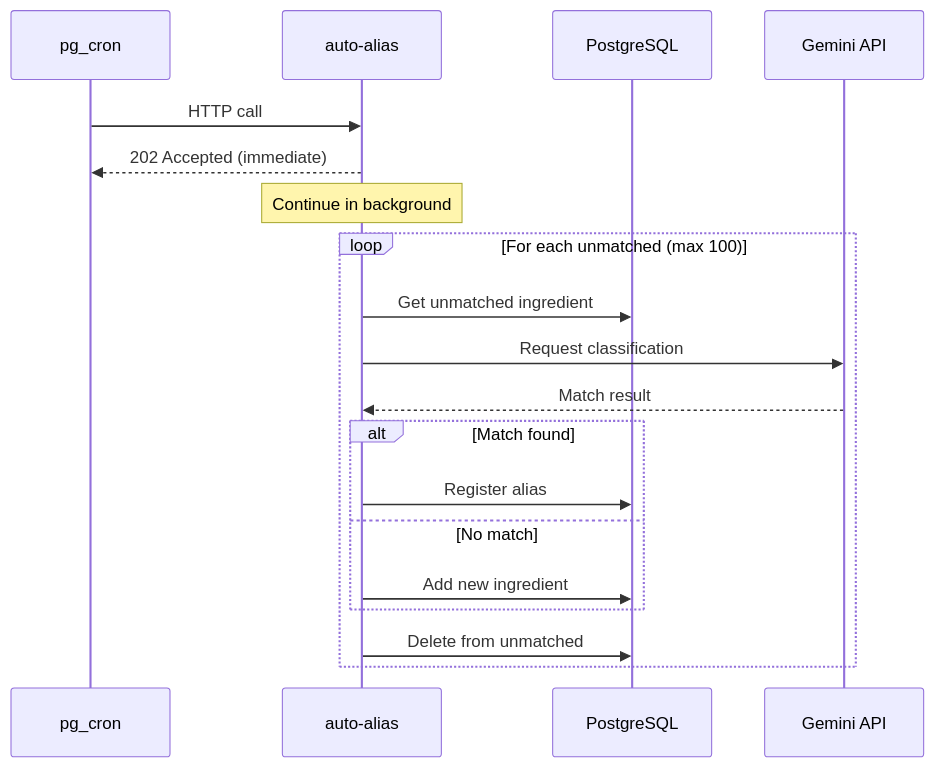
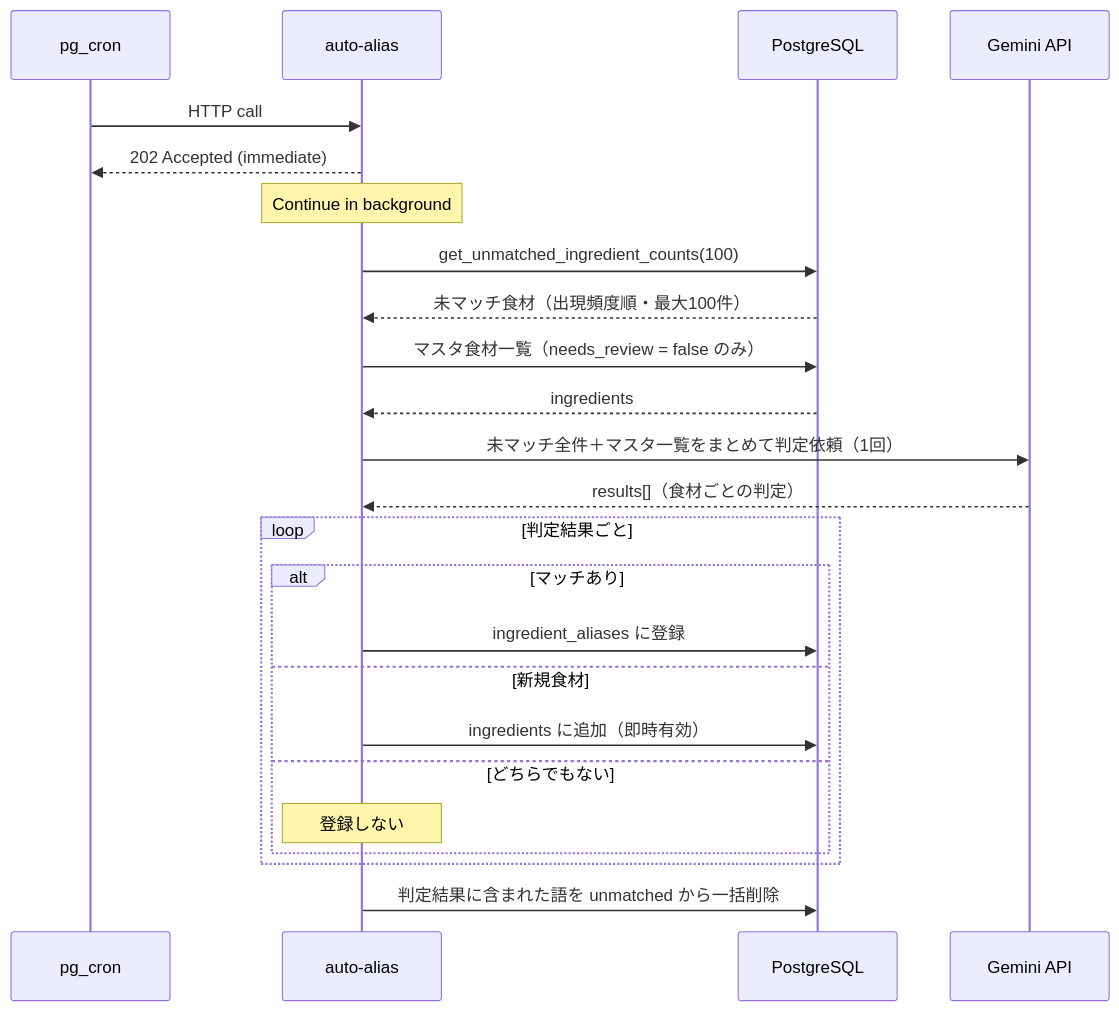
One commit to mktu/recipe-app changed the third of 13 diagrams in docs/ARCHITECTURE.md. Above: the diagram before and after it, drawn with Mermaid. The commit also changed other lines of this file and 1 other file, not shown here.

First line of the commit message:
docs: auto-alias の判定フローを追記し実装との乖離を解消（#149）

````diff
--- a/docs/ARCHITECTURE.md
+++ b/docs/ARCHITECTURE.md
@@ -296,24 +296,32 @@
 ```mermaid
 sequenceDiagram
     participant Cron as pg_cron
     participant Func as auto-alias
     participant DB as PostgreSQL
     participant LLM as Gemini API
 
     Cron->>Func: HTTP call
     Func-->>Cron: 202 Accepted (immediate)
 
     Note over Func: Continue in background
 
-    loop For each unmatched (max 100)
-        Func->>DB: Get unmatched ingredient
-        Func->>LLM: Request classification
-        LLM-->>Func: Match result
-        alt Match found
-            Func->>DB: Register alias
-        else No match
-            Func->>DB: Add new ingredient
+    Func->>DB: get_unmatched_ingredient_counts(100)
+    DB-->>Func: 未マッチ食材（出現頻度順・最大100件）
+    Func->>DB: マスタ食材一覧（needs_review = false のみ）
+    DB-->>Func: ingredients
+
+    Func->>LLM: 未マッチ全件＋マスタ一覧をまとめて判定依頼（1回）
+    LLM-->>Func: results[]（食材ごとの判定）
+
+    loop 判定結果ごと
+        alt マッチあり
+            Func->>DB: ingredient_aliases に登録
+        else 新規食材
+            Func->>DB: ingredients に追加（即時有効）
+        else どちらでもない
+            Note over Func: 登録しない
         end
-        Func->>DB: Delete from unmatched
     end
+
+    Func->>DB: 判定結果に含まれた語を unmatched から一括削除
 ```
````
